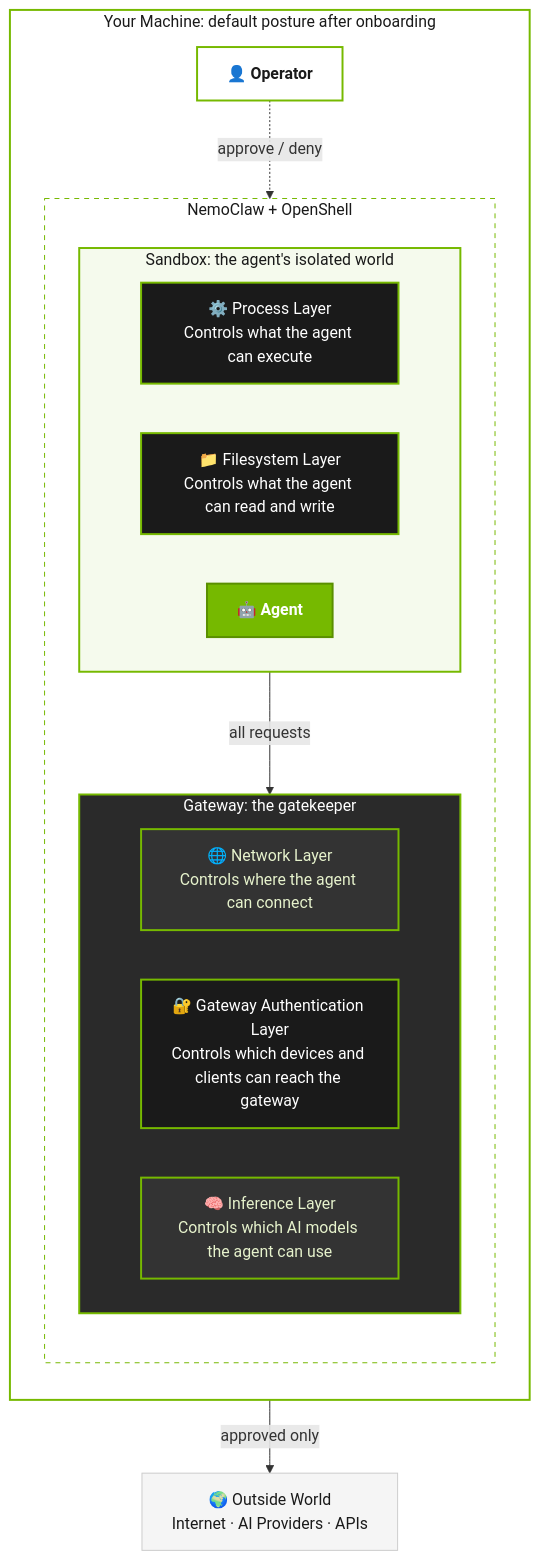
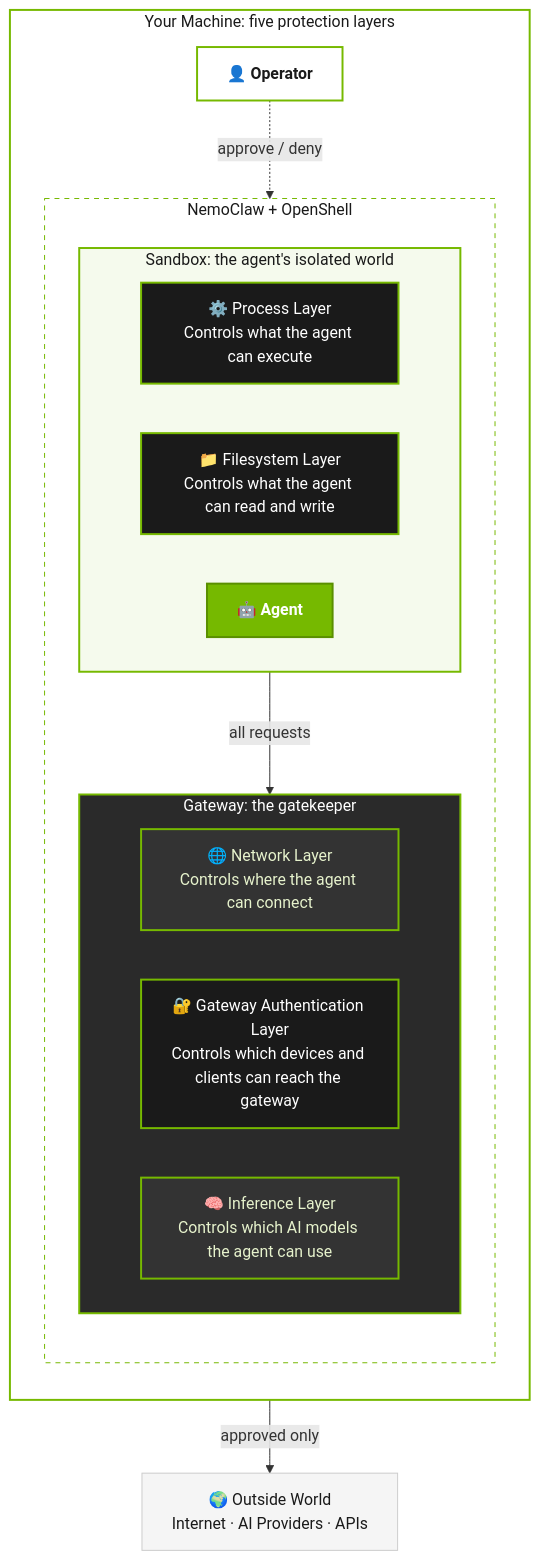
Before and after one commit to NVIDIA/NemoClaw: the diagram in docs/security/best-practices.mdx, drawn with Mermaid. The commit also changed 1 other file, not shown here.

Commit message:
docs(security): remove diagram default claim

````diff
--- a/docs/security/best-practices.mdx
+++ b/docs/security/best-practices.mdx
@@ -32,49 +32,49 @@
 ```mermaid
 flowchart TB
-    subgraph HOST["Your Machine: default posture after onboarding"]
+    subgraph HOST["Your Machine: five protection layers"]
         direction TB
 
         YOU["👤 Operator"]
 
         subgraph NC["NemoClaw + OpenShell"]
             direction TB
 
             subgraph SB["Sandbox: the agent's isolated world"]
                 direction LR
                 PROC["⚙️ Process Layer<br/>Controls what the agent can execute"]
                 FS["📁 Filesystem Layer<br/>Controls what the agent can read and write"]
                 AGENT["🤖 Agent"]
             end
 
             subgraph GW["Gateway: the gatekeeper"]
                 direction LR
                 NET["🌐 Network Layer<br/>Controls where the agent can connect"]
                 AUTH["🔐 Gateway Authentication Layer<br/>Controls which devices and clients can reach the gateway"]
                 INF["🧠 Inference Layer<br/>Controls which AI models the agent can use"]
             end
         end
     end
 
     OUTSIDE["🌍 Outside World<br/>Internet · AI Providers · APIs"]
 
     AGENT -- "all requests" --> GW
     GW -- "approved only" --> OUTSIDE
     YOU -. "approve / deny" .-> GW
 
     classDef agent fill:#76b900,stroke:#5a8f00,color:#fff,stroke-width:2px,font-weight:bold
     classDef locked fill:#1a1a1a,stroke:#76b900,color:#fff,stroke-width:2px
     classDef hot fill:#333,stroke:#76b900,color:#e6f2cc,stroke-width:2px
     classDef external fill:#f5f5f5,stroke:#ccc,color:#1a1a1a,stroke-width:1px
     classDef operator fill:#fff,stroke:#76b900,color:#1a1a1a,stroke-width:2px,font-weight:bold
 
     class AGENT agent
     class PROC,FS,AUTH locked
     class NET,INF hot
     class OUTSIDE external
     class YOU operator
 
     style HOST fill:none,stroke:#76b900,stroke-width:2px,color:#1a1a1a
     style NC fill:none,stroke:#76b900,stroke-width:1px,stroke-dasharray:5 5,color:#1a1a1a
     style SB fill:#f5faed,stroke:#76b900,stroke-width:2px,color:#1a1a1a
     style GW fill:#2a2a2a,stroke:#76b900,stroke-width:2px,color:#fff
 ```
````
